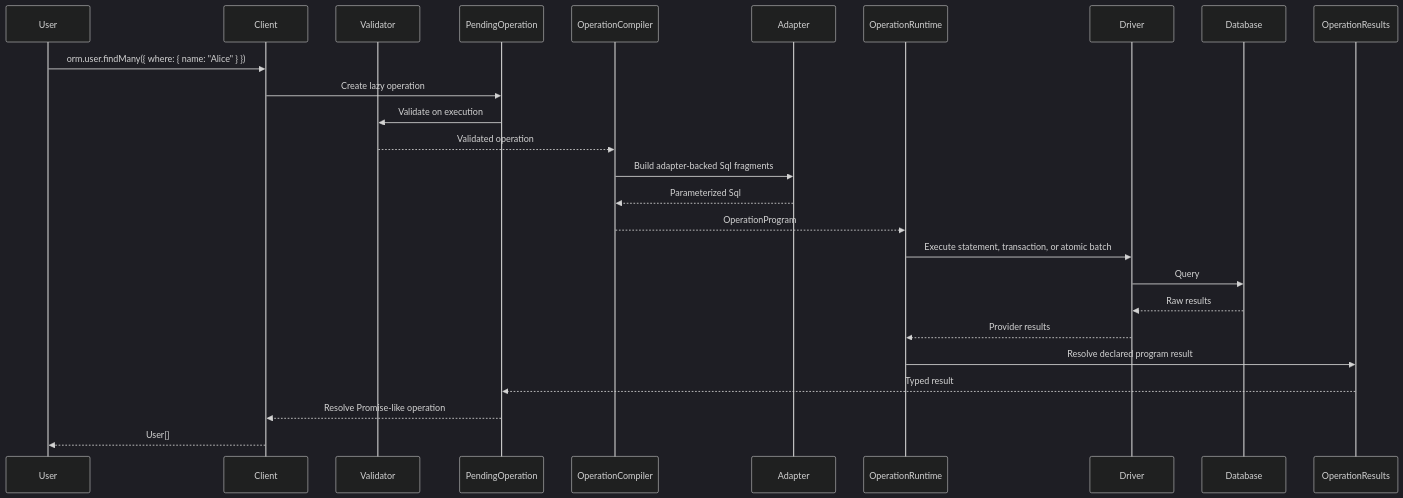
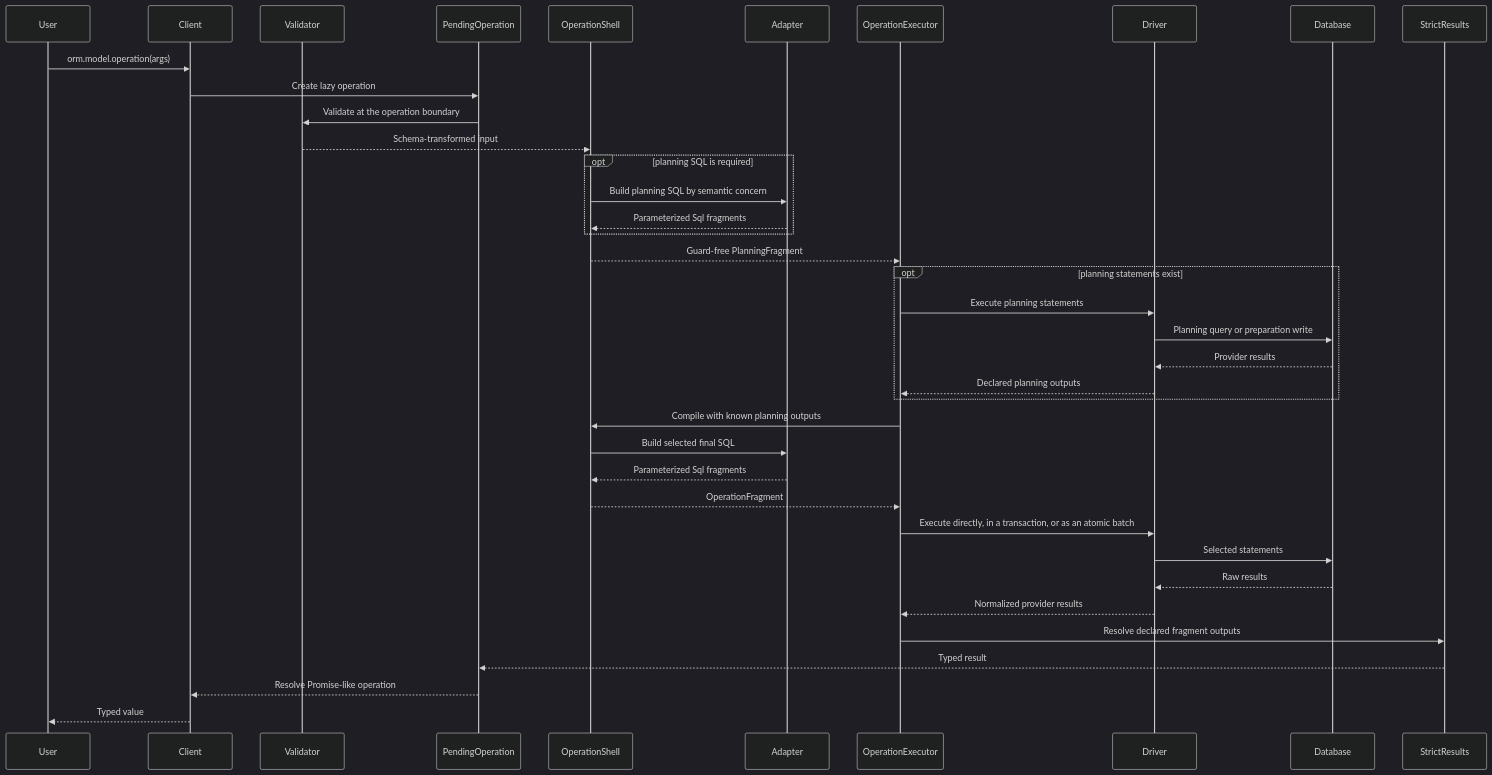
Before and after one commit to beynar/viborm: the diagram in docs/content/docs/internals/architecture.mdx, drawn with Mermaid (dark theme). The commit also changed other lines of this file and 6 other files, not shown here.

````diff
--- a/docs/content/docs/internals/architecture.mdx
+++ b/docs/content/docs/internals/architecture.mdx
@@ -90,29 +90,41 @@
 ```mermaid
 sequenceDiagram
     participant U as User
     participant C as Client
     participant V as Validator
     participant P as PendingOperation
-    participant Q as OperationCompiler
+    participant Q as OperationShell
     participant A as Adapter
-    participant R as OperationRuntime
+    participant R as OperationExecutor
     participant D as Driver
     participant DB as Database
-    participant O as OperationResults
+    participant O as StrictResults
 
-    U->>C: orm.user.findMany({ where: { name: "Alice" } })
+    U->>C: orm.model.operation(args)
     C->>P: Create lazy operation
-    P->>V: Validate on execution
-    V-->>Q: Validated operation
-    Q->>A: Build adapter-backed Sql fragments
-    A-->>Q: Parameterized Sql
-    Q-->>R: OperationProgram
-    R->>D: Execute statement, transaction, or atomic batch
-    D->>DB: Query
+    P->>V: Validate at the operation boundary
+    V-->>Q: Schema-transformed input
+    opt planning SQL is required
+        Q->>A: Build planning SQL by semantic concern
+        A-->>Q: Parameterized Sql fragments
+    end
+    Q-->>R: Guard-free PlanningFragment
+    opt planning statements exist
+        R->>D: Execute planning statements
+        D->>DB: Planning query or preparation write
+        DB-->>D: Provider results
+        D-->>R: Declared planning outputs
+    end
+    R->>Q: Compile with known planning outputs
+    Q->>A: Build selected final SQL
+    A-->>Q: Parameterized Sql fragments
+    Q-->>R: OperationFragment
+    R->>D: Execute directly, in a transaction, or as an atomic batch
+    D->>DB: Selected statements
     DB-->>D: Raw results
-    D-->>R: Provider results
-    R->>O: Resolve declared program result
+    D-->>R: Normalized provider results
+    R->>O: Resolve declared fragment outputs
     O-->>P: Typed result
     P-->>C: Resolve Promise-like operation
-    C-->>U: User[]
+    C-->>U: Typed value
 ```
````
